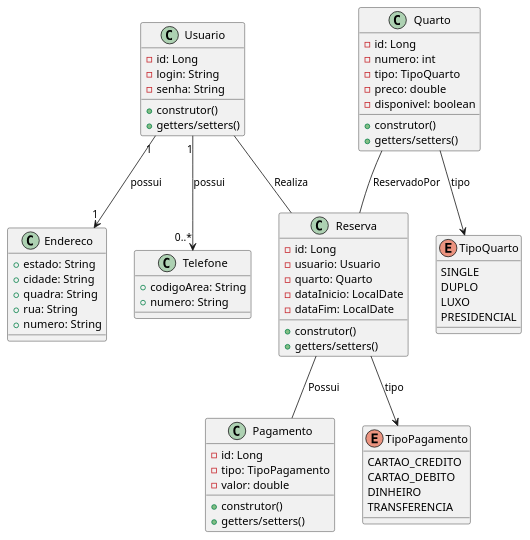
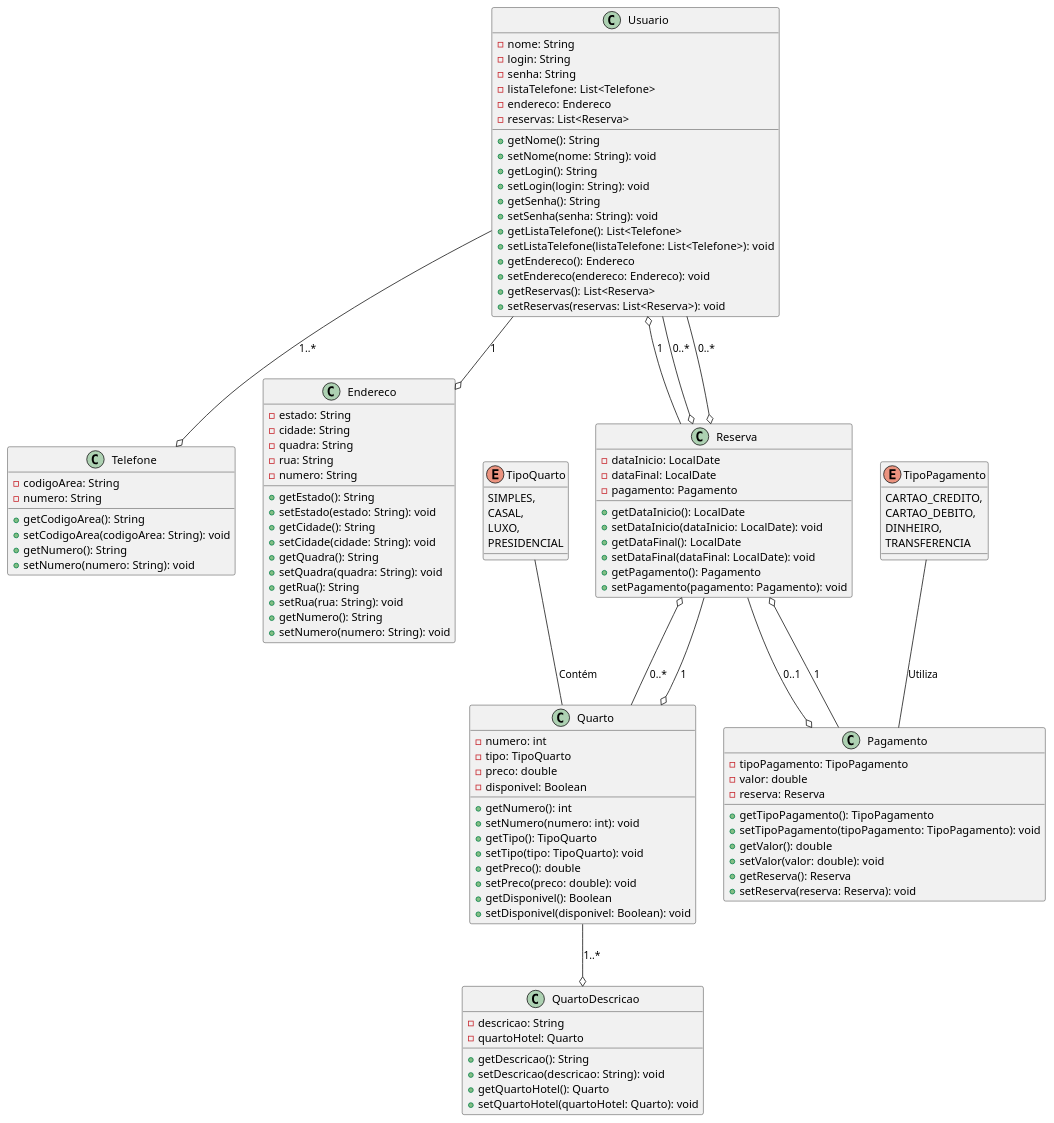
The diagram in src/main/java/br/unitins/topicos1/model/Diagrama.puml (JoaoPOPaulino/quarkus-topicos1-2023-2), drawn with PlantUML before and after one commit.

```diff
--- a/src/main/java/br/unitins/topicos1/model/Diagrama.puml
+++ b/src/main/java/br/unitins/topicos1/model/Diagrama.puml
@@ -1,74 +1,126 @@
-@startuml
+@startuml Hotel
 
 class Usuario {
-  - id: Long
+  - nome: String
   - login: String
   - senha: String
-  + construtor()
-  + getters/setters()
+  - listaTelefone: List<Telefone>
+  - endereco: Endereco
+  + getNome(): String
+  + setNome(nome: String): void
+  + getLogin(): String
+  + setLogin(login: String): void
+  + getSenha(): String
+  + setSenha(senha: String): void
+  + getListaTelefone(): List<Telefone>
+  + setListaTelefone(listaTelefone: List<Telefone>): void
+  + getEndereco(): Endereco
+  + setEndereco(endereco: Endereco): void
+  - reservas: List<Reserva>
+  + getReservas(): List<Reserva>
+  + setReservas(reservas: List<Reserva>): void
+}
+
+class Telefone {
+  - codigoArea: String
+  - numero: String
+  + getCodigoArea(): String
+  + setCodigoArea(codigoArea: String): void
+  + getNumero(): String
+  + setNumero(numero: String): void
 }
 
 class Endereco {
-  + estado: String
-  + cidade: String
-  + quadra: String
-  + rua: String
-  + numero: String
+  - estado: String
+  - cidade: String
+  - quadra: String
+  - rua: String
+  - numero: String
+  + getEstado(): String
+  + setEstado(estado: String): void
+  + getCidade(): String
+  + setCidade(cidade: String): void
+  + getQuadra(): String
+  + setQuadra(quadra: String): void
+  + getRua(): String
+  + setRua(rua: String): void
+  + getNumero(): String
+  + setNumero(numero: String): void
 }
 
-class Telefone {
-  + codigoArea: String
-  + numero: String
+class Reserva {
+  - dataInicio: LocalDate
+  - dataFinal: LocalDate
+  - pagamento: Pagamento
+  + getDataInicio(): LocalDate
+  + setDataInicio(dataInicio: LocalDate): void
+  + getDataFinal(): LocalDate
+  + setDataFinal(dataFinal: LocalDate): void
+  + getPagamento(): Pagamento
+  + setPagamento(pagamento: Pagamento): void
+}
+
+class Pagamento {
+  - tipoPagamento: TipoPagamento
+  - valor: double
+  + getTipoPagamento(): TipoPagamento
+  + setTipoPagamento(tipoPagamento: TipoPagamento): void
+  + getValor(): double
+  + setValor(valor: double): void
+  - reserva: Reserva
+  + getReserva(): Reserva
+  + setReserva(reserva: Reserva): void
 }
 
 class Quarto {
-  - id: Long
   - numero: int
   - tipo: TipoQuarto
   - preco: double
-  - disponivel: boolean
-  + construtor()
-  + getters/setters()
+  - disponivel: Boolean
+  + getNumero(): int
+  + setNumero(numero: int): void
+  + getTipo(): TipoQuarto
+  + setTipo(tipo: TipoQuarto): void
+  + getPreco(): double
+  + setPreco(preco: double): void
+  + getDisponivel(): Boolean
+  + setDisponivel(disponivel: Boolean): void
+}
+
+class QuartoDescricao {
+  - descricao: String
+  - quartoHotel: Quarto
+  + getDescricao(): String
+  + setDescricao(descricao: String): void
+  + getQuartoHotel(): Quarto
+  + setQuartoHotel(quartoHotel: Quarto): void
 }
 
 enum TipoQuarto {
-  SINGLE
-  DUPLO
-  LUXO
+  SIMPLES,
+  CASAL,
+  LUXO,
   PRESIDENCIAL
 }
 
-class Reserva {
-  - id: Long
-  - usuario: Usuario
-  - quarto: Quarto
-  - dataInicio: LocalDate
-  - dataFim: LocalDate
-  + construtor()
-  + getters/setters()
-}
-
-class Pagamento {
-  - id: Long
-  - tipo: TipoPagamento
-  - valor: double
-  + construtor()
-  + getters/setters()
-}
-
 enum TipoPagamento {
-  CARTAO_CREDITO
-  CARTAO_DEBITO
-  DINHEIRO
+  CARTAO_CREDITO,
+  CARTAO_DEBITO,
+  DINHEIRO,
   TRANSFERENCIA
 }
 
-Usuario -- Reserva : Realiza
-Quarto -- Reserva : ReservadoPor
-Reserva -- Pagamento : Possui
-Quarto --> TipoQuarto : tipo
-Reserva --> TipoPagamento : tipo
-Usuario "1" --> "0..*" Telefone : possui
-Usuario "1" --> "1" Endereco : possui
+Usuario --o Telefone : 1..*
+Usuario --o Endereco : 1
+Usuario --o Reserva : 0..*
+Usuario --o Reserva : 0..*
+Reserva --o Quarto : 1
+Reserva --o Usuario : 1
+Reserva --o Pagamento : 0..1
+Pagamento --o Reserva : 1
+Quarto --o QuartoDescricao : 1..*
+Quarto --o Reserva : 0..*
+TipoQuarto -- Quarto : Contém
+TipoPagamento -- Pagamento : Utiliza
 
 @enduml
```
